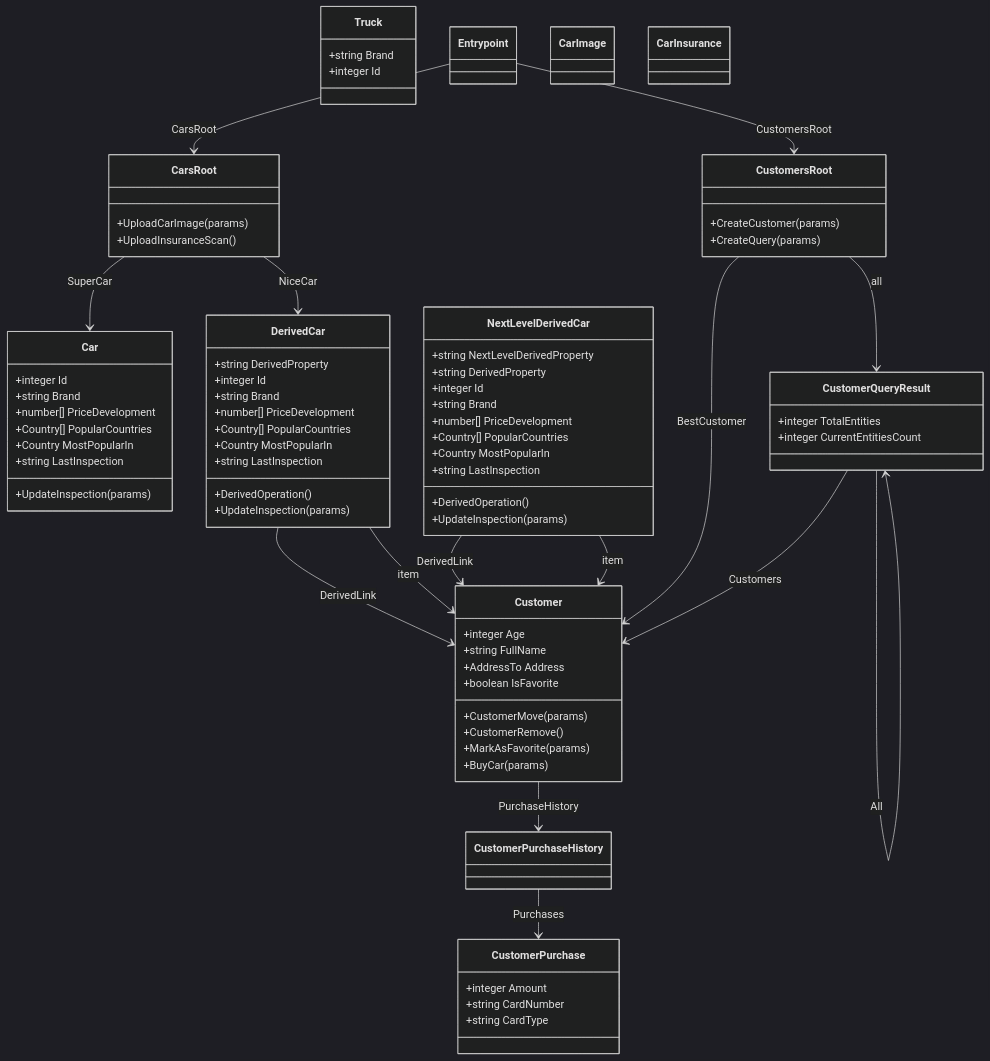
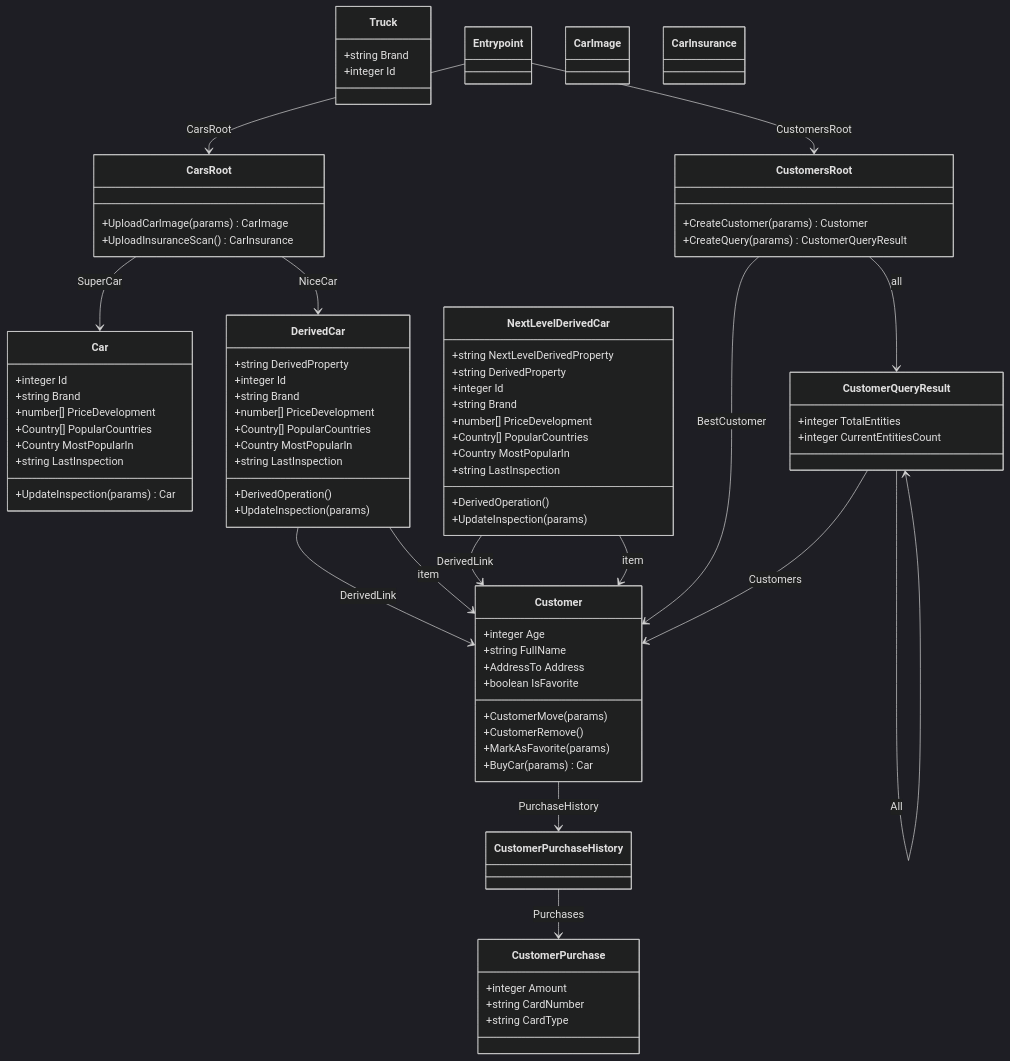
One commit to RESTyard/RESTyard changed the diagram in Source/CarShack/schema-output/htos.md. Above: the diagram before and after it, drawn with Mermaid (dark theme). The commit also changed 7 other files, not shown here.

Commit message:
Add action result edges to Mermaid diagrams Step 2.15.1: Visualize action results in API map and class diagram. - API map: dashed edges with "action:" prefix for actions with ResultName - Class diagram: actions show return type (e.g., CreateQuery(params) CustomerQueryResult)

```diff
--- a/Source/CarShack/schema-output/htos.md
+++ b/Source/CarShack/schema-output/htos.md
@@ -9,8 +9,8 @@
     class Entrypoint {
     }
     class CarsRoot {
-        +UploadCarImage(params)
-        +UploadInsuranceScan()
+        +UploadCarImage(params) CarImage
+        +UploadInsuranceScan() CarInsurance
     }
     class Car {
         +integer Id
@@ -19,7 +19,7 @@
         +Country[] PopularCountries
         +Country MostPopularIn
         +string LastInspection
-        +UpdateInspection(params)
+        +UpdateInspection(params) Car
     }
     class CarImage {
     }
@@ -49,8 +49,8 @@
         +UpdateInspection(params)
     }
     class CustomersRoot {
-        +CreateCustomer(params)
-        +CreateQuery(params)
+        +CreateCustomer(params) Customer
+        +CreateQuery(params) CustomerQueryResult
     }
     class CustomerPurchase {
         +integer Amount
@@ -67,7 +67,7 @@
         +CustomerMove(params)
         +CustomerRemove()
         +MarkAsFavorite(params)
-        +BuyCar(params)
+        +BuyCar(params) Car
     }
     class CustomerQueryResult {
         +integer TotalEntities
```
